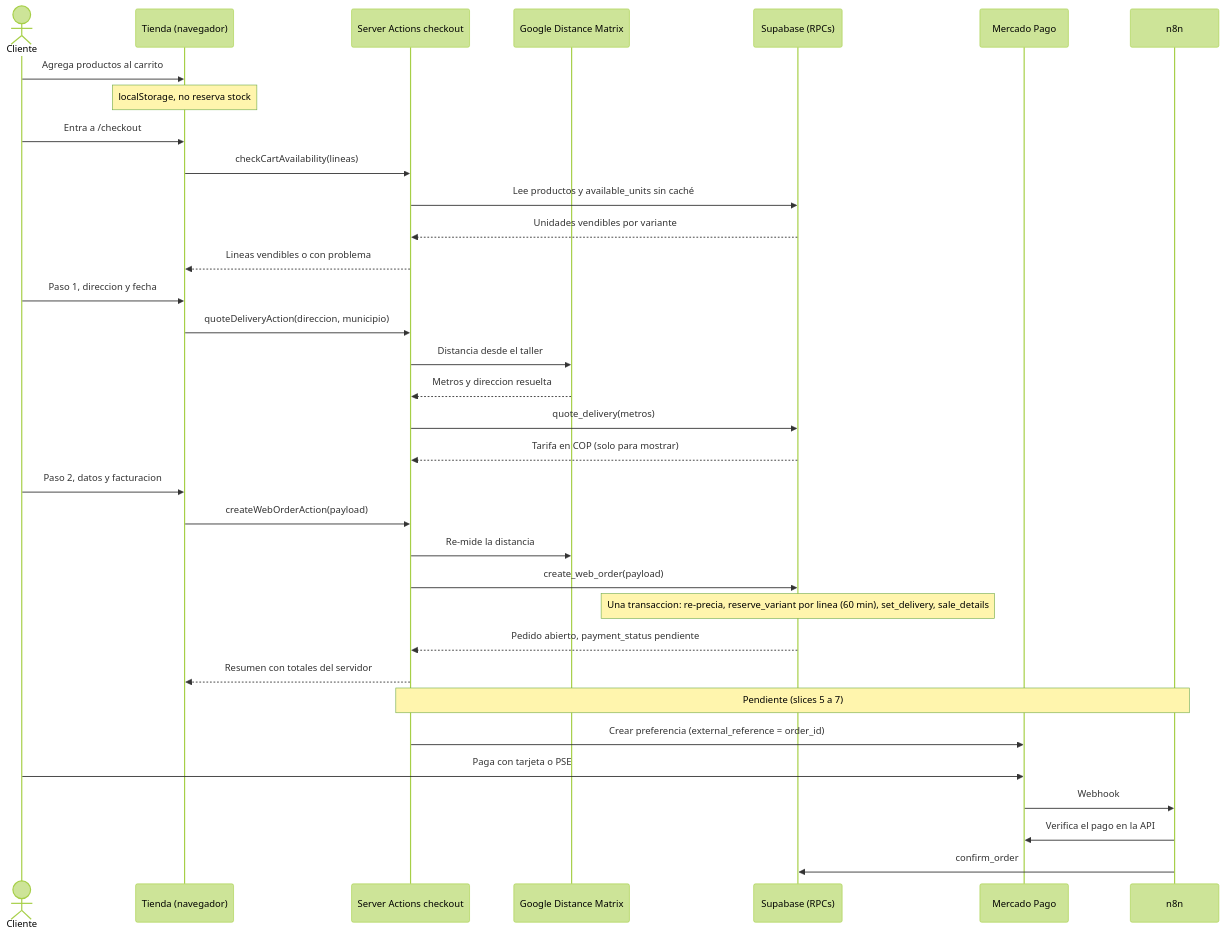
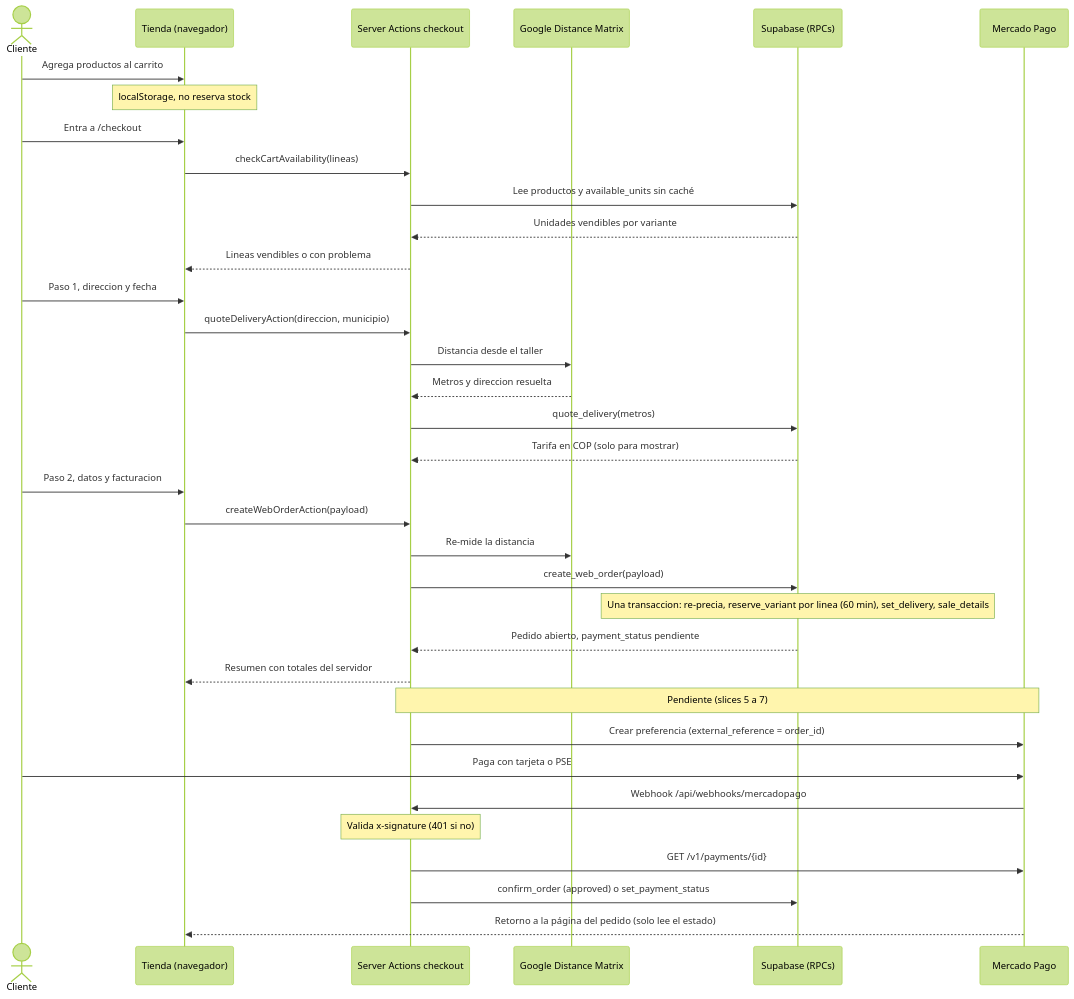
The second of 2 diagrams in README.md (crisalidas-dev/ecommerce-crisalidas-y-mariposas), drawn with Mermaid (forest theme) before and after one commit. The commit also changed other lines of this file and 13 other files, not shown here.

````diff
--- a/README.md
+++ b/README.md
@@ -258,37 +281,38 @@
 ```mermaid
 sequenceDiagram
     actor Cliente
     participant Tienda as Tienda (navegador)
     participant SA as Server Actions checkout
     participant G as Google Distance Matrix
     participant DB as Supabase (RPCs)
     participant MP as Mercado Pago
-    participant N8N as n8n
 
     Cliente->>Tienda: Agrega productos al carrito
     Note over Tienda: localStorage, no reserva stock
     Cliente->>Tienda: Entra a /checkout
     Tienda->>SA: checkCartAvailability(lineas)
     SA->>DB: Lee productos y available_units sin caché
     DB-->>SA: Unidades vendibles por variante
     SA-->>Tienda: Lineas vendibles o con problema
     Cliente->>Tienda: Paso 1, direccion y fecha
     Tienda->>SA: quoteDeliveryAction(direccion, municipio)
     SA->>G: Distancia desde el taller
     G-->>SA: Metros y direccion resuelta
     SA->>DB: quote_delivery(metros)
     DB-->>SA: Tarifa en COP (solo para mostrar)
     Cliente->>Tienda: Paso 2, datos y facturacion
     Tienda->>SA: createWebOrderAction(payload)
     SA->>G: Re-mide la distancia
     SA->>DB: create_web_order(payload)
     Note over DB: Una transaccion: re-precia, reserve_variant por linea (60 min), set_delivery, sale_details
     DB-->>SA: Pedido abierto, payment_status pendiente
     SA-->>Tienda: Resumen con totales del servidor
-    Note over SA,N8N: Pendiente (slices 5 a 7)
+    Note over SA,MP: Pendiente (slices 5 a 7)
     SA->>MP: Crear preferencia (external_reference = order_id)
     Cliente->>MP: Paga con tarjeta o PSE
-    MP->>N8N: Webhook
-    N8N->>MP: Verifica el pago en la API
-    N8N->>DB: confirm_order
+    MP->>SA: Webhook /api/webhooks/mercadopago
+    Note over SA: Valida x-signature (401 si no)
+    SA->>MP: GET /v1/payments/{id}
+    SA->>DB: confirm_order (approved) o set_payment_status
+    MP-->>Tienda: Retorno a la página del pedido (solo lee el estado)
 ```
````
